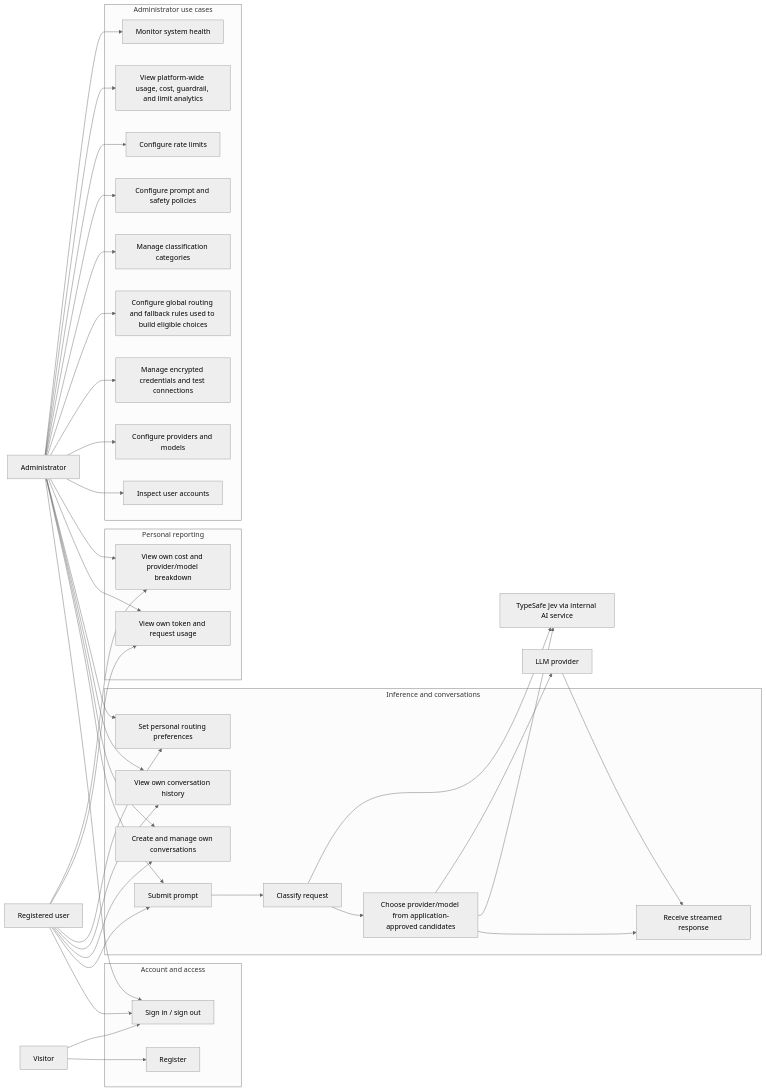
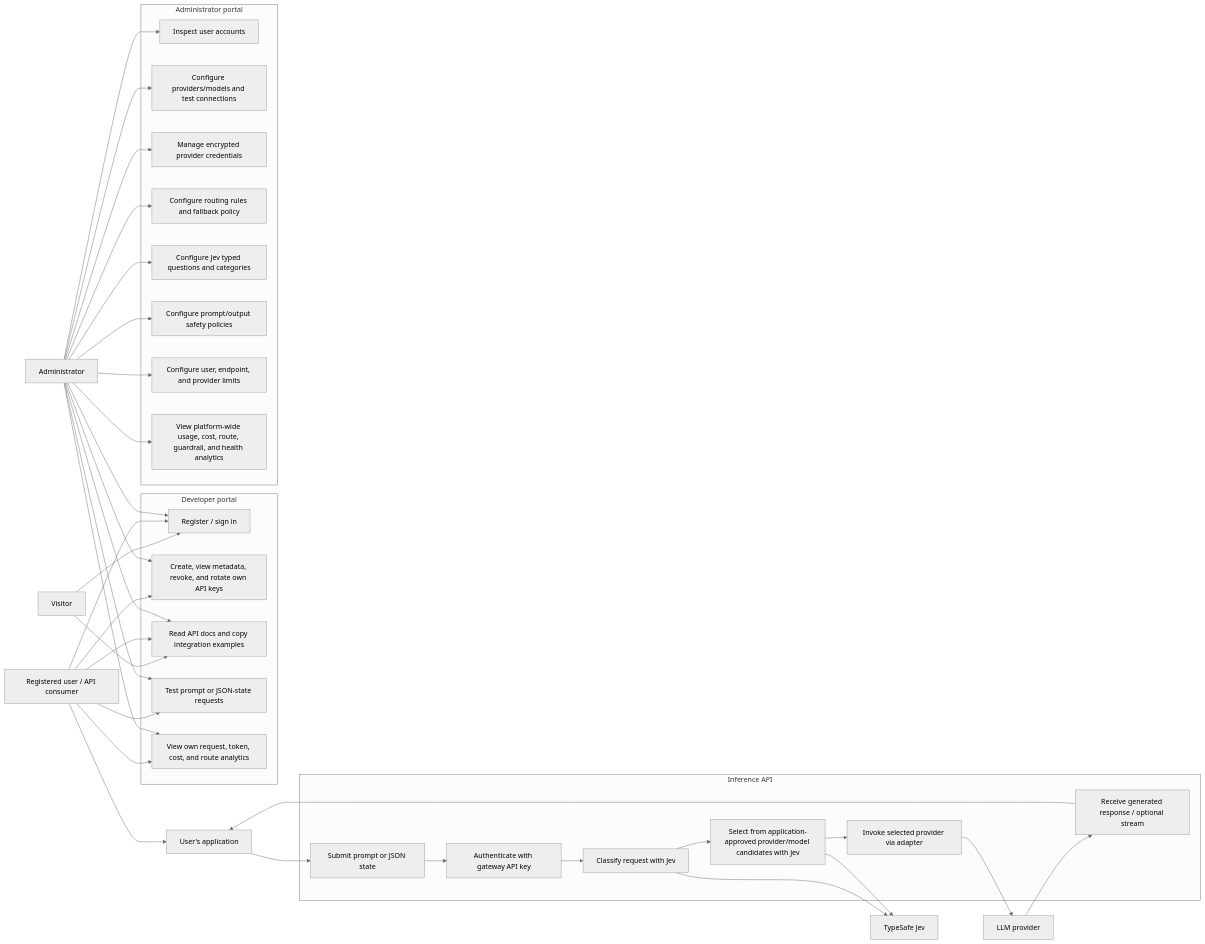
Before and after one commit to AnirudhRakonda/AI-inference-gateway: the second of 2 diagrams in docs/user-roles-and-use-cases.md, drawn with Mermaid (neutral theme). The commit also changed other lines of this file and 3 other files, not shown here.

Commit message:
pivot from chat based application to the developer first model

````diff
--- a/docs/user-roles-and-use-cases.md
+++ b/docs/user-roles-and-use-cases.md
@@ -102,73 +138,66 @@
 ```mermaid
 flowchart LR
     Visitor["Visitor"]
-    User["Registered user"]
+    User["Registered user / API consumer"]
+    Client["User's application"]
     Admin["Administrator"]
+    Jev["TypeSafe Jev"]
     Provider["LLM provider"]
-    Jev["TypeSafe Jev via internal AI service"]
 
-    subgraph Account["Account and access"]
-        Register["Register"]
-        SignIn["Sign in / sign out"]
+    subgraph Portal["Developer portal"]
+        Register["Register / sign in"]
+        KeyMgmt["Create, view metadata, revoke, and rotate own API keys"]
+        Docs["Read API docs and copy integration examples"]
+        Playground["Test prompt or JSON-state requests"]
+        PersonalAnalytics["View own request, token, cost, and route analytics"]
     end
 
-    subgraph Inference["Inference and conversations"]
-        Prompt["Submit prompt"]
-        Classify["Classify request"]
-        ChooseRoute["Choose provider/model from application-approved candidates"]
-        Stream["Receive streamed response"]
-        Conversation["Create and manage own conversations"]
-        History["View own conversation history"]
-        Preferences["Set personal routing preferences"]
+    subgraph Gateway["Inference API"]
+        Submit["Submit prompt or JSON state"]
+        Authenticate["Authenticate with gateway API key"]
+        Classify["Classify request with Jev"]
+        SelectRoute["Select from application-approved provider/model candidates with Jev"]
+        InvokeProvider["Invoke selected provider via adapter"]
+        GetResponse["Receive generated response / optional stream"]
     end
 
-    subgraph Personal["Personal reporting"]
-        PersonalUsage["View own token and request usage"]
-        PersonalCost["View own cost and provider/model breakdown"]
-    end
-
-    subgraph AdminCases["Administrator use cases"]
-        Users["Inspect user accounts"]
-        Providers["Configure providers and models"]
-        Credentials["Manage encrypted credentials and test connections"]
-        Routing["Configure global routing and fallback rules used to build eligible choices"]
-        Categories["Manage classification categories"]
-        Guardrails["Configure prompt and safety policies"]
-        Limits["Configure rate limits"]
-        PlatformAnalytics["View platform-wide usage, cost, guardrail, and limit analytics"]
-        Health["Monitor system health"]
+    subgraph AdminPortal["Administrator portal"]
+        UserMgmt["Inspect user accounts"]
+        ProviderMgmt["Configure providers/models and test connections"]
+        CredentialMgmt["Manage encrypted provider credentials"]
+        RoutingMgmt["Configure routing rules and fallback policy"]
+        JevMgmt["Configure Jev typed questions and categories"]
+        GuardrailMgmt["Configure prompt/output safety policies"]
+        LimitMgmt["Configure user, endpoint, and provider limits"]
+        PlatformAnalytics["View platform-wide usage, cost, route, guardrail, and health analytics"]
     end
 
     Visitor --> Register
-    Visitor --> SignIn
-    User --> SignIn
-    User --> Prompt
-    Prompt --> Classify --> ChooseRoute --> Stream
-    User --> Conversation
-    User --> History
-    User --> Preferences
-    User --> PersonalUsage
-    User --> PersonalCost
+    Visitor --> Docs
+    User --> Register
+    User --> KeyMgmt
+    User --> Docs
+    User --> Playground
+    User --> PersonalAnalytics
+    User --> Client
+    Client --> Submit --> Authenticate
+    Authenticate --> Classify --> SelectRoute --> InvokeProvider
+    Classify --> Jev
+    SelectRoute --> Jev
+    InvokeProvider --> Provider
+    Provider --> GetResponse --> Client
 
-    Admin --> SignIn
-    Admin --> Prompt
-    Admin --> Conversation
-    Admin --> History
-    Admin --> Preferences
-    Admin --> PersonalUsage
-    Admin --> PersonalCost
-    Admin --> Users
-    Admin --> Providers
-    Admin --> Credentials
-    Admin --> Routing
-    Admin --> Categories
-    Admin --> Guardrails
-    Admin --> Limits
+    Admin --> Register
+    Admin --> KeyMgmt
+    Admin --> Docs
+    Admin --> Playground
+    Admin --> PersonalAnalytics
+    Admin --> UserMgmt
+    Admin --> ProviderMgmt
+    Admin --> CredentialMgmt
+    Admin --> RoutingMgmt
+    Admin --> JevMgmt
+    Admin --> GuardrailMgmt
+    Admin --> LimitMgmt
     Admin --> PlatformAnalytics
-    Admin --> Health
-
-    Classify --> Jev
-    ChooseRoute --> Jev
-    ChooseRoute --> Provider
-    Provider --> Stream
 ```
````
